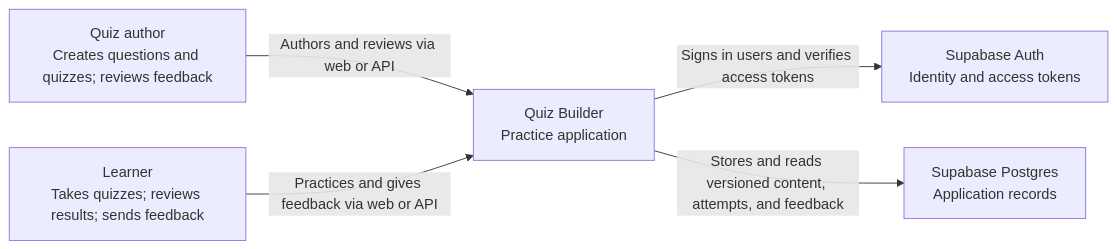
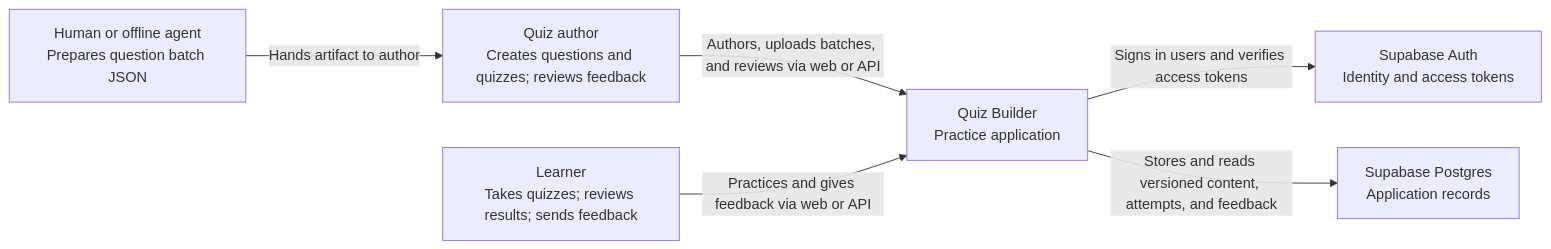
Before and after one commit to crennie/quiz-builder: the diagram in docs/architecture/static/context.md, drawn with Mermaid. The commit also changed other lines of this file and 38 other files, not shown here.

Commit message:
Add auditable question batch ingestion

````diff
--- a/docs/architecture/static/context.md
+++ b/docs/architecture/static/context.md
@@ -5,13 +5,15 @@
 ```mermaid
 flowchart LR
     author["Quiz author<br/>Creates questions and quizzes; reviews feedback"]
+    producer["Human or offline agent<br/>Prepares question batch JSON"]
     learner["Learner<br/>Takes quizzes; reviews results; sends feedback"]
     system["Quiz Builder<br/>Practice application"]
     auth["Supabase Auth<br/>Identity and access tokens"]
     postgres["Supabase Postgres<br/>Application records"]
 
-    author -->|Authors and reviews via web or API| system
+    producer -->|Hands artifact to author| author
+    author -->|Authors, uploads batches, and reviews via web or API| system
     learner -->|Practices and gives feedback via web or API| system
     system -->|Signs in users and verifies access tokens| auth
     system -->|Stores and reads versioned content, attempts, and feedback| postgres
 ```
````
